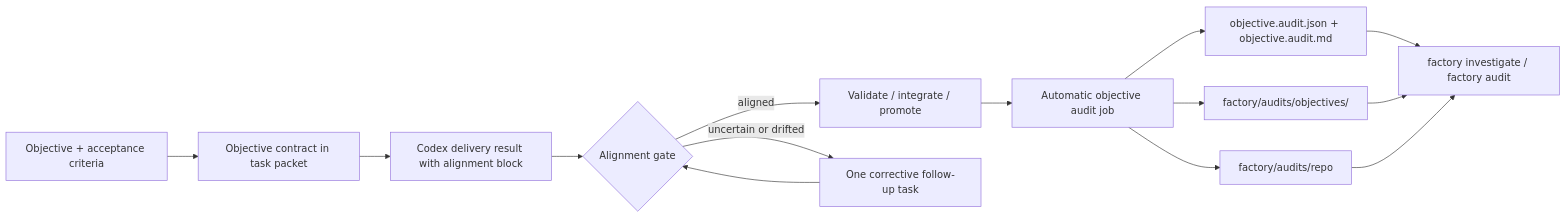
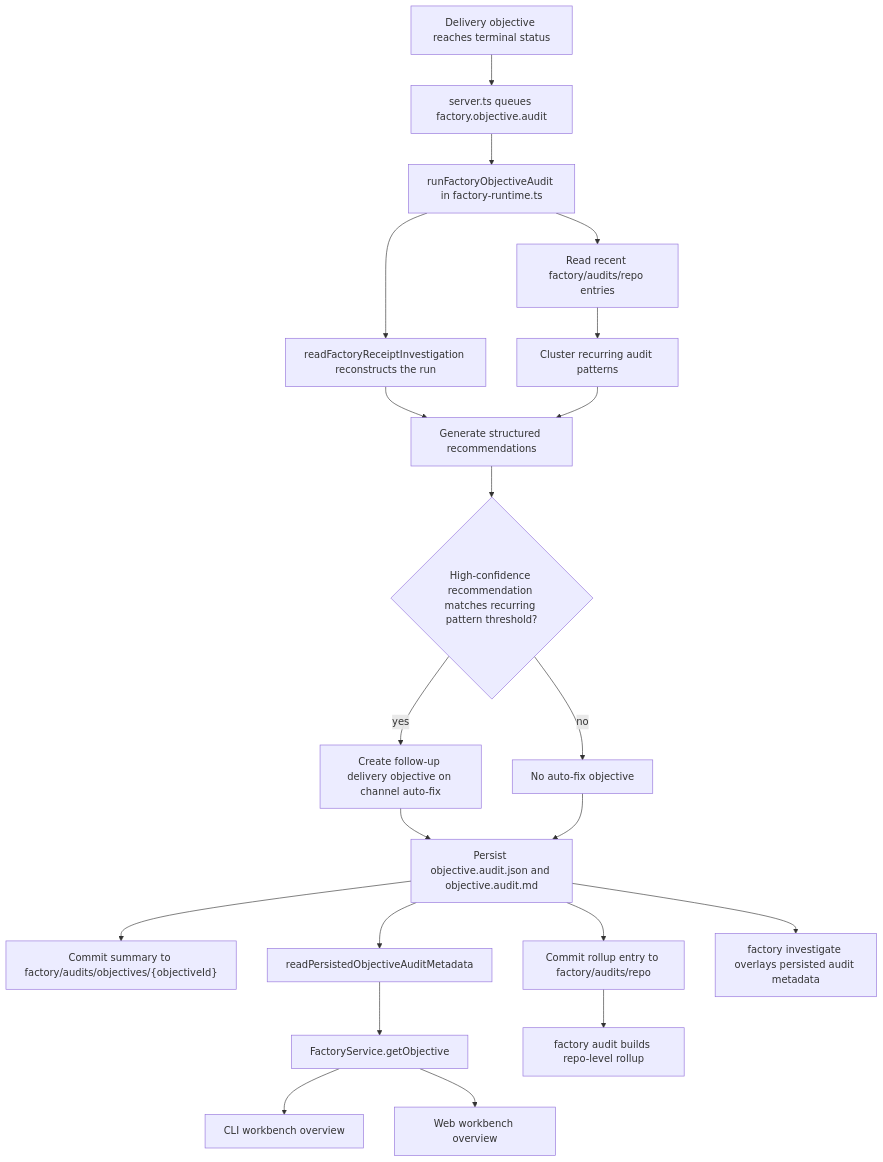
The diagram in docs/factory-self-improvement.md (skishore23/receipt), drawn with Mermaid before and after one commit. The commit also changed other lines of this file and 148 other files, not shown here.

Commit message:
checkpoint repo state before factory spam cleanup

````diff
--- a/docs/factory-self-improvement.md
+++ b/docs/factory-self-improvement.md
@@ -42,16 +42,23 @@
 ```mermaid
-flowchart LR
-  A["Objective + acceptance criteria"] --> B["Objective contract in task packet"]
-  B --> C["Codex delivery result with alignment block"]
-  C --> D{"Alignment gate"}
-  D -->|aligned| E["Validate / integrate / promote"]
-  D -->|uncertain or drifted| F["One corrective follow-up task"]
-  F --> D
-  E --> G["Automatic objective audit job"]
-  G --> H["objective.audit.json + objective.audit.md"]
-  G --> I["factory/audits/objectives/<id>"]
-  G --> J["factory/audits/repo"]
-  H --> K["factory investigate / factory audit"]
-  I --> K
+flowchart TD
+  A["Delivery objective reaches terminal status"] --> B["server.ts queues factory.objective.audit"]
+  B --> C["runFactoryObjectiveAudit in factory-runtime.ts"]
+  C --> D["readFactoryReceiptInvestigation reconstructs the run"]
+  C --> E["Read recent factory/audits/repo entries"]
+  E --> F["Cluster recurring audit patterns"]
+  D --> G["Generate structured recommendations"]
+  F --> G
+  G --> H{"High-confidence recommendation matches recurring pattern threshold?"}
+  H -->|yes| I["Create follow-up delivery objective on channel auto-fix"]
+  H -->|no| J["No auto-fix objective"]
+  I --> K["Persist objective.audit.json and objective.audit.md"]
   J --> K
+  K --> L["Commit summary to factory/audits/objectives/{objectiveId}"]
+  K --> M["Commit rollup entry to factory/audits/repo"]
+  K --> N["readPersistedObjectiveAuditMetadata"]
+  N --> O["FactoryService.getObjective"]
+  O --> P["CLI workbench overview"]
+  O --> Q["Web workbench overview"]
+  K --> R["factory investigate overlays persisted audit metadata"]
+  M --> S["factory audit builds repo-level rollup"]
 ```
````
